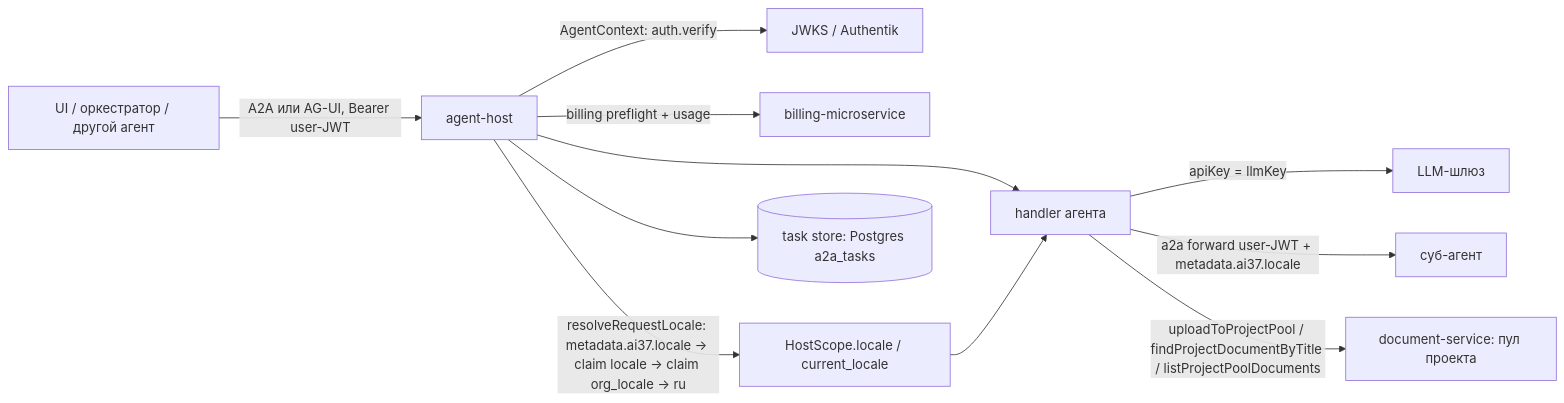
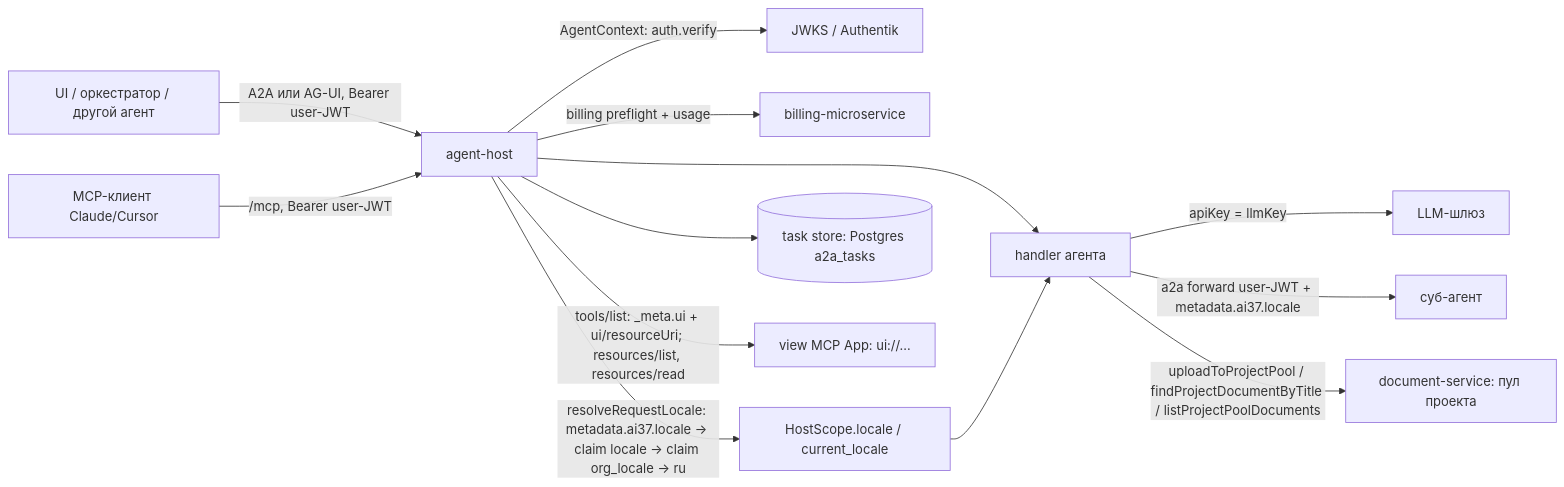
The first of 2 diagrams in README.md (AI-37/ai37-agent-sdk), drawn with Mermaid before and after one commit. The commit also changed other lines of this file, not shown here.

````diff
--- a/README.md
+++ b/README.md
@@ -31,13 +33,15 @@
 ```mermaid
 flowchart LR
   C[UI / оркестратор / другой агент] -->|A2A или AG-UI, Bearer user-JWT| H[agent-host]
   H -->|AgentContext: auth.verify| J[JWKS / Authentik]
   H -->|billing preflight + usage| B[billing-microservice]
   H -->|resolveRequestLocale: metadata.ai37.locale → claim locale → claim org_locale → ru| L1[HostScope.locale / current_locale]
   H --> A[handler агента]
   A -->|apiKey = llmKey| L[LLM-шлюз]
   L1 --> A
   A -->|a2a forward user-JWT + metadata.ai37.locale| S[суб-агент]
   H --> T[(task store: Postgres a2a_tasks)]
   A -->|uploadToProjectPool / findProjectDocumentByTitle / listProjectPoolDocuments| D[document-service: пул проекта]
+  M[MCP-клиент Claude/Cursor] -->|/mcp, Bearer user-JWT| H
+  H -->|tools/list: _meta.ui + ui/resourceUri; resources/list, resources/read| V[view MCP App: ui://…]
 ```
````
